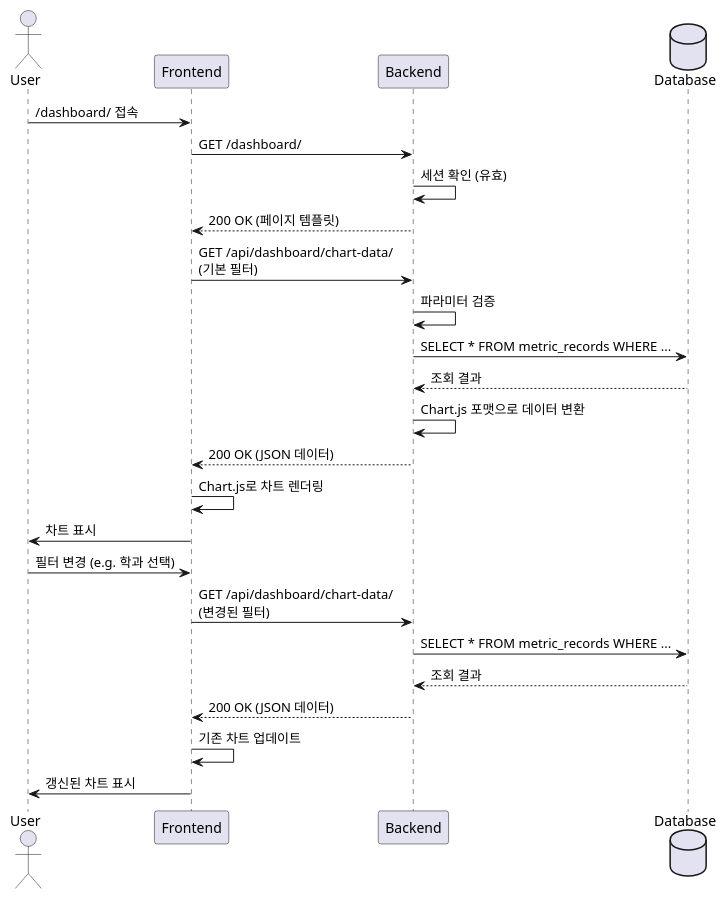
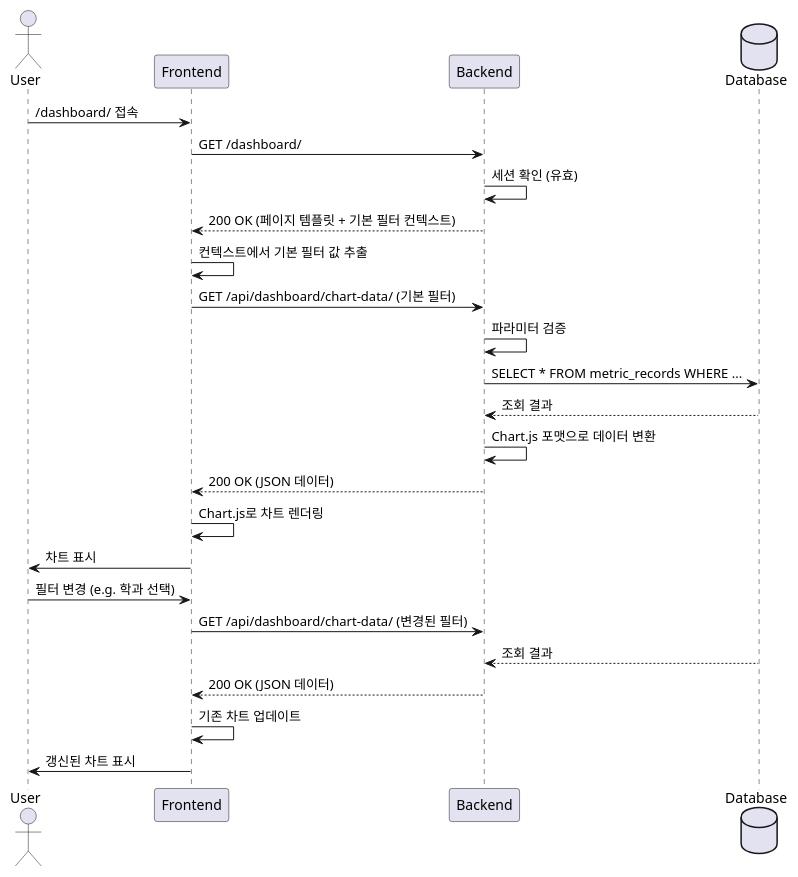
The diagram in docs/spec/003-spec-대시보드-조회.md (YeoulHi/vms-w4-final), drawn with PlantUML before and after one commit. The commit also changed other lines of this file and 1 other file, not shown here.

Commit message:
docs(spec): 피드백 기반 유스케이스 명세 수정

````diff
--- a/docs/spec/003-spec-대시보드-조회.md
+++ b/docs/spec/003-spec-대시보드-조회.md
@@ -41,30 +42,30 @@
 ```plantuml
 @startuml
 actor User
 participant FE as "Frontend"
 participant BE as "Backend"
 database DB as "Database"
 
 User -> FE: /dashboard/ 접속
 FE -> BE: GET /dashboard/
 BE -> BE: 세션 확인 (유효)
-BE --> FE: 200 OK (페이지 템플릿)
+BE --> FE: 200 OK (페이지 템플릿 + 기본 필터 컨텍스트)
 
-FE -> BE: GET /api/dashboard/chart-data/ \n(기본 필터)
+FE -> FE: 컨텍스트에서 기본 필터 값 추출
+FE -> BE: GET /api/dashboard/chart-data/ (기본 필터)
 BE -> BE: 파라미터 검증
 BE -> DB: SELECT * FROM metric_records WHERE ...
 DB --> BE: 조회 결과
 BE -> BE: Chart.js 포맷으로 데이터 변환
 BE --> FE: 200 OK (JSON 데이터)
 FE -> FE: Chart.js로 차트 렌더링
 FE -> User: 차트 표시
 
 User -> FE: 필터 변경 (e.g. 학과 선택)
-FE -> BE: GET /api/dashboard/chart-data/ \n(변경된 필터)
-BE -> DB: SELECT * FROM metric_records WHERE ...
+FE -> BE: GET /api/dashboard/chart-data/ (변경된 필터)
 DB --> BE: 조회 결과
 BE --> FE: 200 OK (JSON 데이터)
 FE -> FE: 기존 차트 업데이트
 FE -> User: 갱신된 차트 표시
 @enduml
 ```
````
